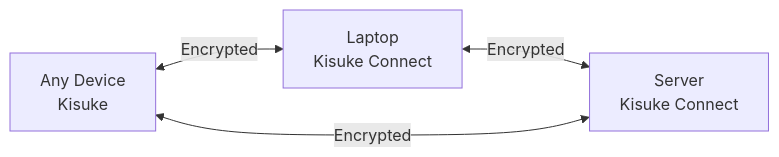
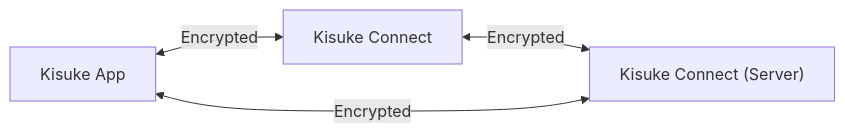
The first of 2 diagrams in concepts/kisuke-connect.mdx (kisukeapp/mintlify-docs), drawn with Mermaid before and after one commit. The commit also changed 3 other files, not shown here.

Commit message:
fix: mermaid diagram text clipping on same-section navigation

````diff
--- a/concepts/kisuke-connect.mdx
+++ b/concepts/kisuke-connect.mdx
@@ -17,6 +17,6 @@
 ```mermaid actions={false}
 graph LR
-  Client["Any Device<br/>Kisuke"] <-->|Encrypted| Laptop["Laptop<br/>Kisuke Connect"]
-  Laptop <-->|Encrypted| Server["Server<br/>Kisuke Connect"]
+  Client["Kisuke App"] <-->|Encrypted| Laptop["Kisuke Connect"]
+  Laptop <-->|Encrypted| Server["Kisuke Connect (Server)"]
   Server <-->|Encrypted| Client
 ```
````
